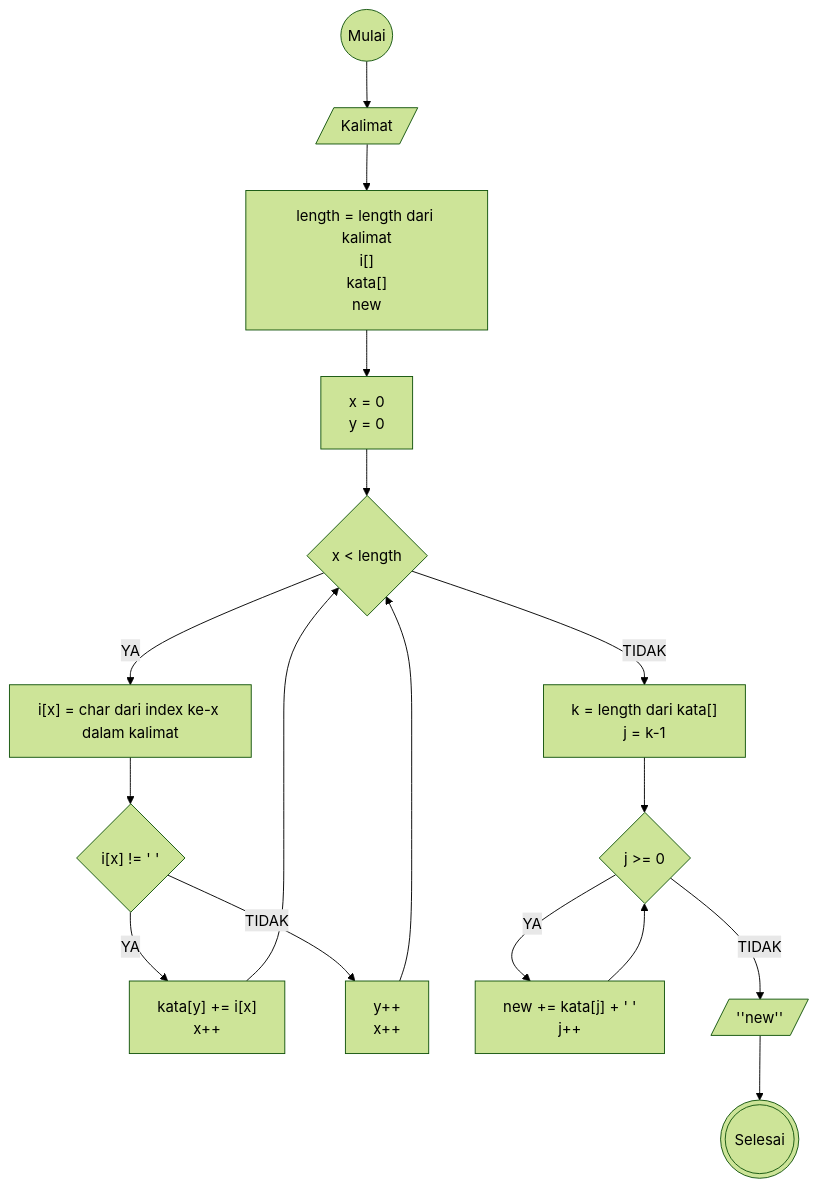
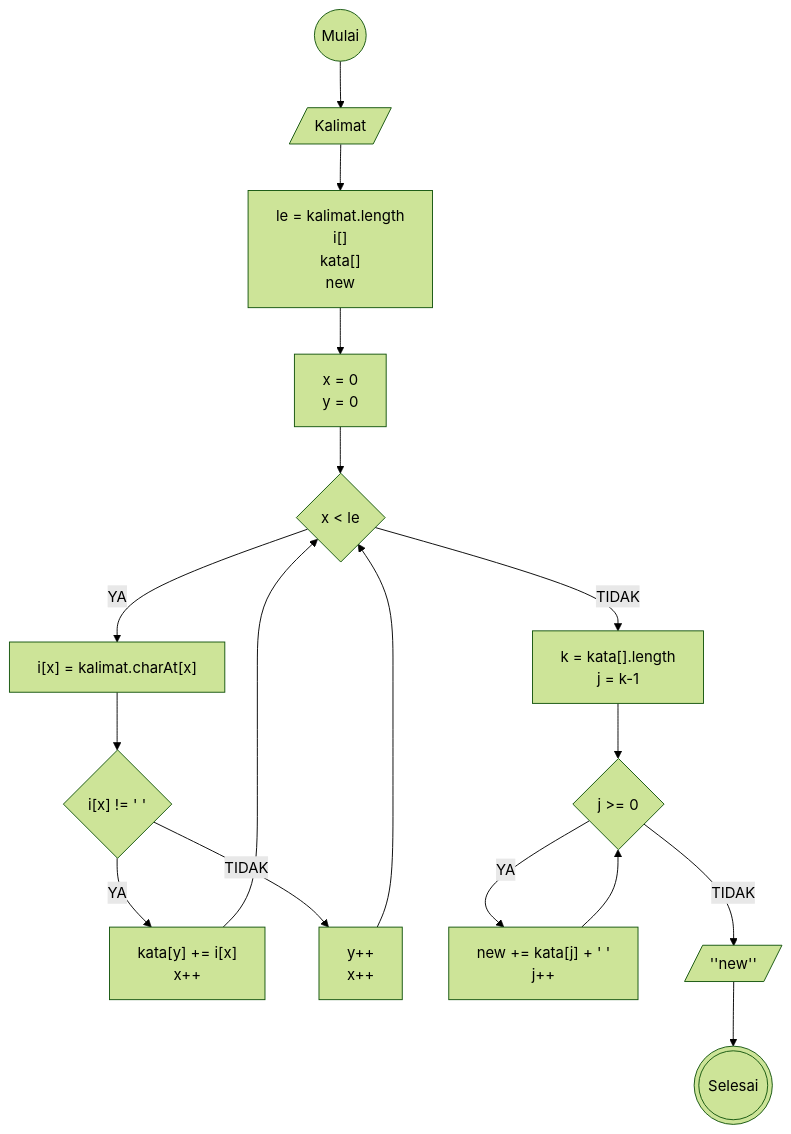
One commit to mdavindarinaldy/fgo24-weeklytask1 changed the second of 2 diagrams in wt1-algoritma.md. Above: the diagram before and after it, drawn with Mermaid (forest theme). The commit also changed other lines of this file, not shown here.

````diff
--- a/wt1-algoritma.md
+++ b/wt1-algoritma.md
@@ -76,36 +75,36 @@
 ```mermaid
 flowchart TD
 A((Mulai))
 B[/Kalimat/]
-C@{shape: rect, label: "length = length dari kalimat
+C@{shape: rect, label: "le = kalimat.length
 i[]
 kata[]
 new
 "}
 D[x = 0
 y = 0]
-E@{shape: diamond, label: "x < length"}
-E2@{shape: rect, label: "i[x] = char dari index ke-x dalam kalimat"}
+E@{shape: diamond, label: "x < le"}
+E2@{shape: rect, label: "i[x] = kalimat.charAt[x]"}
 E1@{shape: diamond, label: "i[x] != ' '"}
 F@{shape: rect, label: "kata[y] += i[x]
 x++
 "}
 H@{shape: rect, label: "y++
 x++
 "}
-I@{shape: rect, label: "k = length dari kata[]
+I@{shape: rect, label: "k = kata[].length
 j = k-1
 "}
 K@{shape: diamond, label: "j >= 0"}
 L@{shape: rect, label: "new += kata[j] + ' '
 j++"}
 M[/''new''/]
 N(((Selesai)))
 
 A --> B --> C --> D --> E
 E --YA--> E2 --> E1 --YA--> F --> E
 E1 --TIDAK--> H --> E
 E --TIDAK--> I --> K --YA--> L --> K
 K --TIDAK--> M --> N
 
 ```
````
